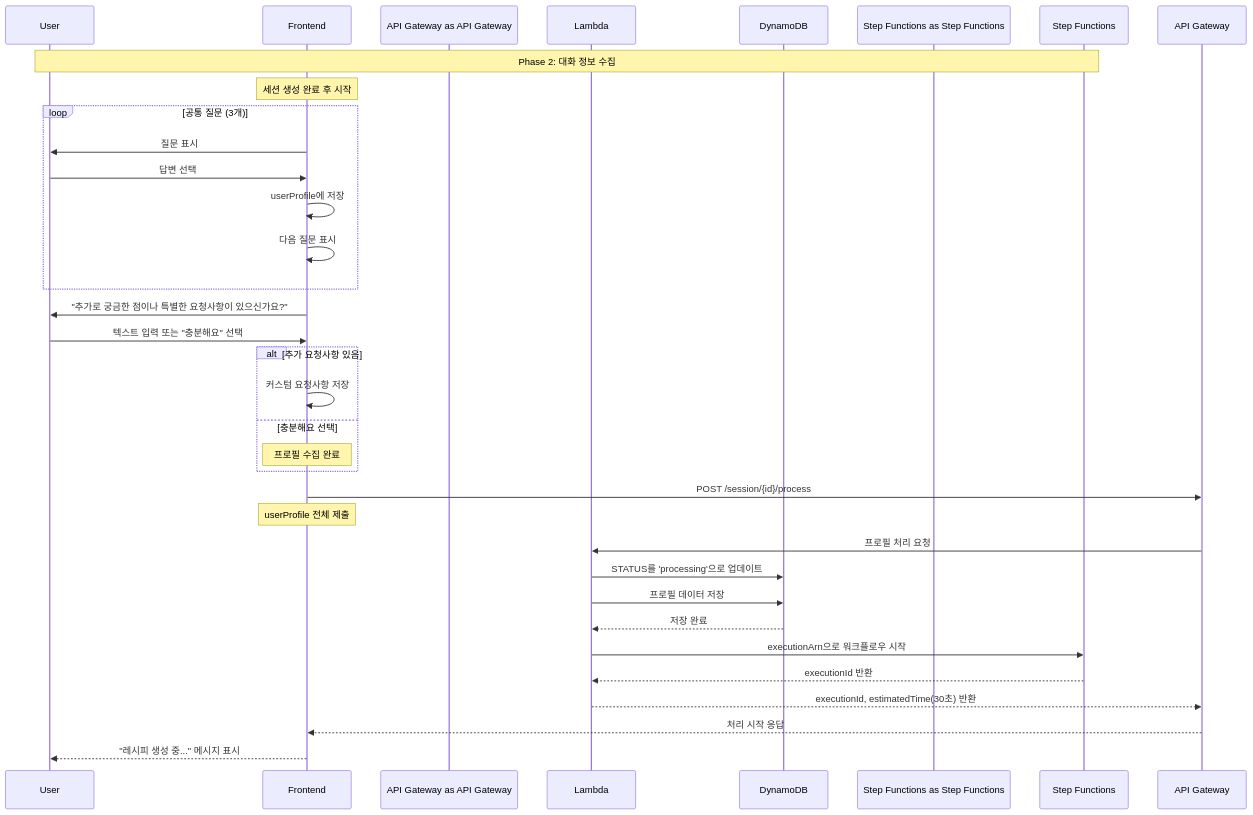
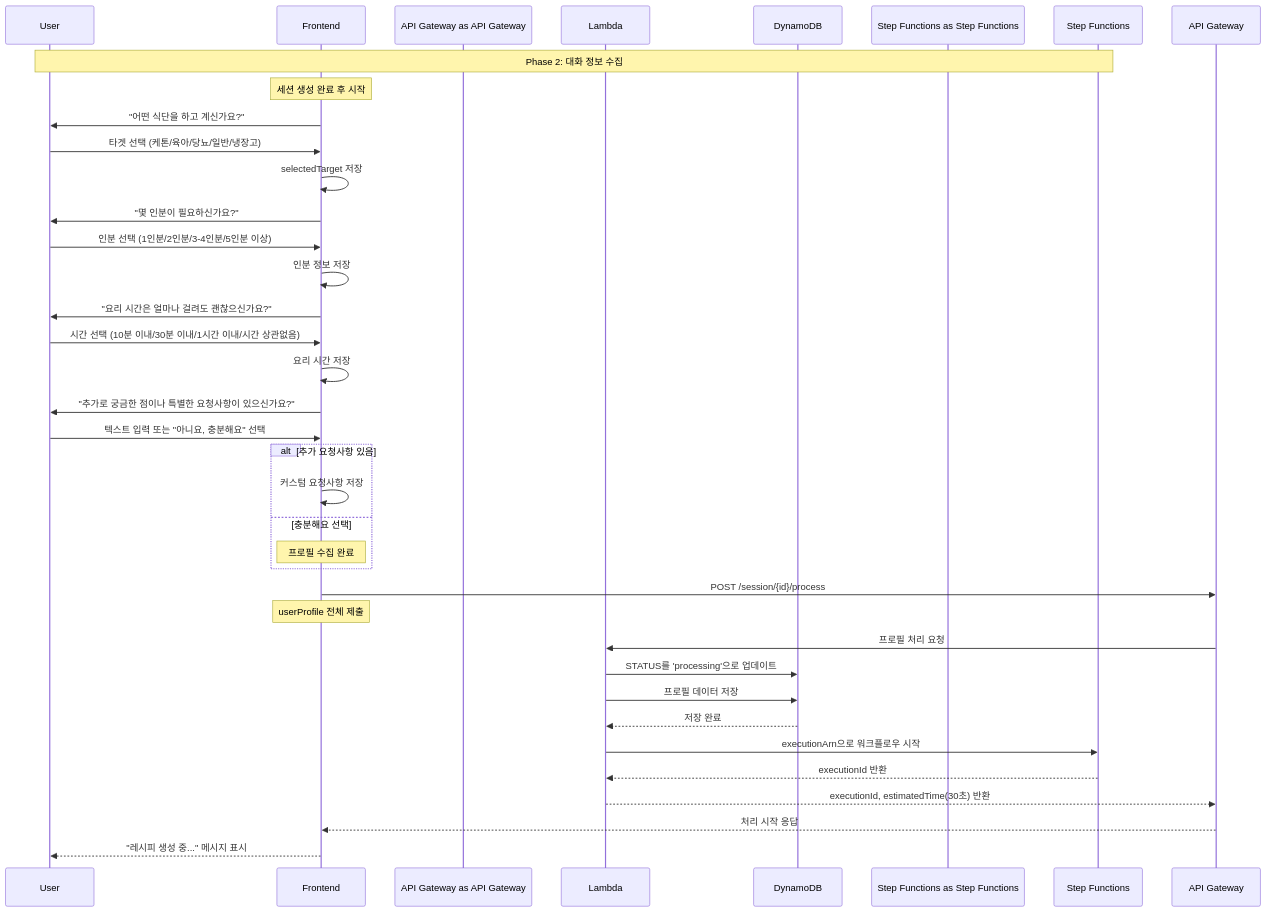
The diagram in docs/integration/sequences/PHASE2_COLLECTION.md (awsqhackathonXddeokssang/team21-aws-hackathon), drawn with Mermaid before and after one commit. The commit also changed other lines of this file, not shown here.

Commit message:
Fix PHASE2_COLLECTION docs with correct 4-step flow

````diff
--- a/docs/integration/sequences/PHASE2_COLLECTION.md
+++ b/docs/integration/sequences/PHASE2_COLLECTION.md
@@ -8,48 +8,55 @@
 ```mermaid
 sequenceDiagram
     participant User
     participant Frontend
     participant API Gateway as API Gateway
     participant Lambda
     participant DynamoDB
     participant Step Functions as Step Functions
 
     Note over User, Step Functions: Phase 2: 대화 정보 수집
 
-    %% 세션 시작 후 공통 질문
+    %% 세션 시작 후 4단계 질문
     Note over Frontend: 세션 생성 완료 후 시작
     
-    %% 공통 질문 3개
-    loop 공통 질문 (3개)
-        Frontend->>User: 질문 표시
-        User->>Frontend: 답변 선택
-        Frontend->>Frontend: userProfile에 저장
-        Frontend->>Frontend: 다음 질문 표시
-    end
+    %% 1단계: 타겟 선택
+    Frontend->>User: "어떤 식단을 하고 계신가요?"
+    User->>Frontend: 타겟 선택 (케톤/육아/당뇨/일반/냉장고)
+    Frontend->>Frontend: selectedTarget 저장
     
-    %% 커스텀 질문
+    %% 2단계: 인분 선택
+    Frontend->>User: "몇 인분이 필요하신가요?"
+    User->>Frontend: 인분 선택 (1인분/2인분/3-4인분/5인분 이상)
+    Frontend->>Frontend: 인분 정보 저장
+    
+    %% 3단계: 요리 시간
+    Frontend->>User: "요리 시간은 얼마나 걸려도 괜찮으신가요?"
+    User->>Frontend: 시간 선택 (10분 이내/30분 이내/1시간 이내/시간 상관없음)
+    Frontend->>Frontend: 요리 시간 저장
+    
+    %% 4단계: 커스텀 질문
     Frontend->>User: "추가로 궁금한 점이나 특별한 요청사항이 있으신가요?"
-    User->>Frontend: 텍스트 입력 또는 "충분해요" 선택
+    User->>Frontend: 텍스트 입력 또는 "아니요, 충분해요" 선택
     
     alt 추가 요청사항 있음
         Frontend->>Frontend: 커스텀 요청사항 저장
     else 충분해요 선택
         Note over Frontend: 프로필 수집 완료
     end
     
     %% 프로필 제출 및 처리 시작
     Frontend->>API Gateway: POST /session/{id}/process
     Note over Frontend: userProfile 전체 제출
     
     API Gateway->>Lambda: 프로필 처리 요청
     Lambda->>DynamoDB: STATUS를 'processing'으로 업데이트
     Lambda->>DynamoDB: 프로필 데이터 저장
     DynamoDB-->>Lambda: 저장 완료
     
     Lambda->>Step Functions: executionArn으로 워크플로우 시작
     Step Functions-->>Lambda: executionId 반환
     
     Lambda-->>API Gateway: executionId, estimatedTime(30초) 반환
     API Gateway-->>Frontend: 처리 시작 응답
     Frontend-->>User: "레시피 생성 중..." 메시지 표시
 ```
````
